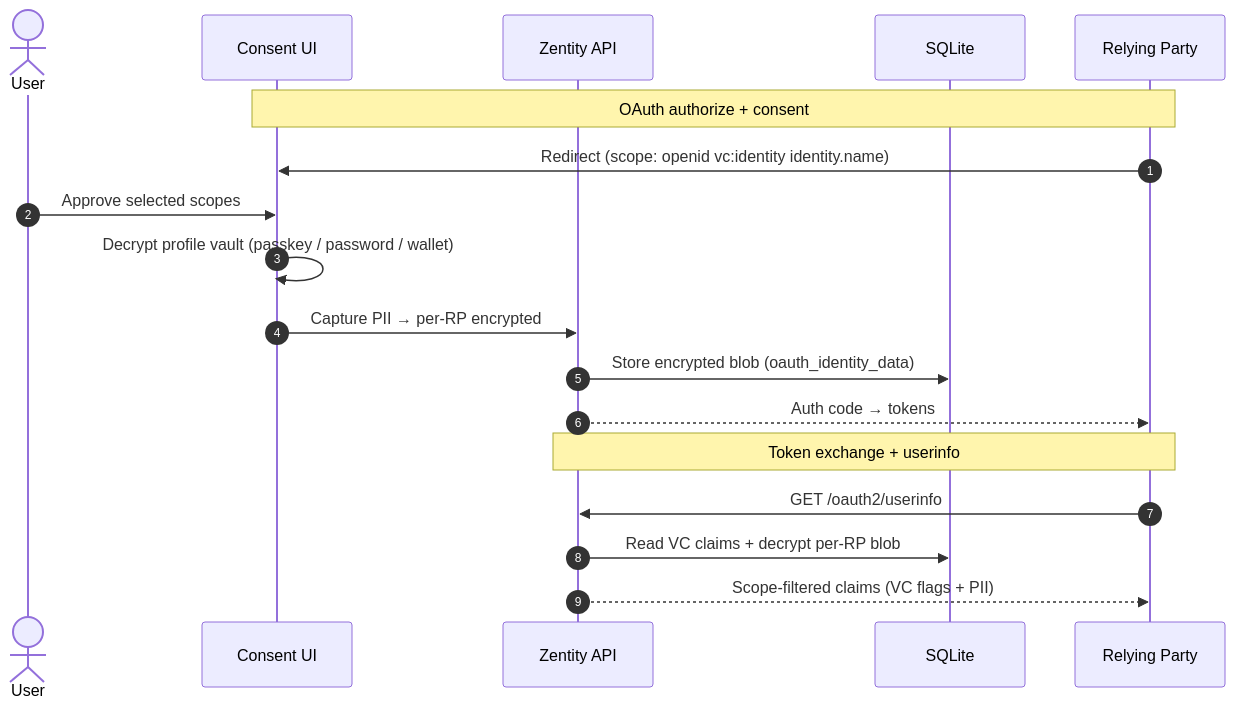
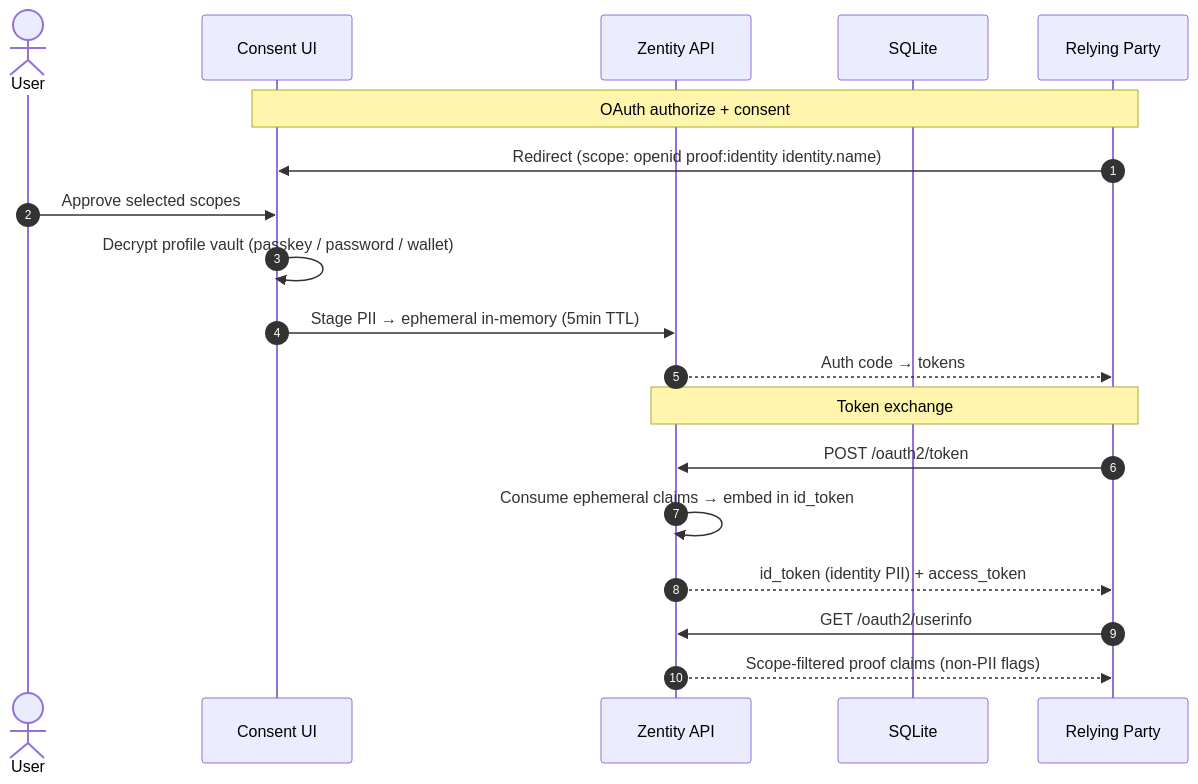
Before and after one commit to gustavovalverde/zentity: the third of 3 diagrams in docs/architecture.md, drawn with Mermaid. The commit also changed other lines of this file and 44 other files, not shown here.

First line of the commit message:
refactor(web): ephemeral identity delivery and proof scope rename

````diff
--- a/docs/architecture.md
+++ b/docs/architecture.md
@@ -209,22 +209,23 @@
 ```mermaid
 sequenceDiagram
   autonumber
   actor User
   participant UI as Consent UI
   participant API as Zentity API
   participant DB as SQLite
   participant RP as Relying Party
 
   Note over RP,UI: OAuth authorize + consent
-  RP->>UI: Redirect (scope: openid vc:identity identity.name)
+  RP->>UI: Redirect (scope: openid proof:identity identity.name)
   User->>UI: Approve selected scopes
   UI->>UI: Decrypt profile vault (passkey / password / wallet)
-  UI->>API: Capture PII → per-RP encrypted
-  API->>DB: Store encrypted blob (oauth_identity_data)
+  UI->>API: Stage PII → ephemeral in-memory (5min TTL)
   API-->>RP: Auth code → tokens
 
-  Note over RP,API: Token exchange + userinfo
+  Note over RP,API: Token exchange
+  RP->>API: POST /oauth2/token
+  API->>API: Consume ephemeral claims → embed in id_token
+  API-->>RP: id_token (identity PII) + access_token
   RP->>API: GET /oauth2/userinfo
-  API->>DB: Read VC claims + decrypt per-RP blob
-  API-->>RP: Scope-filtered claims (VC flags + PII)
+  API-->>RP: Scope-filtered proof claims (non-PII flags)
 ```
````
